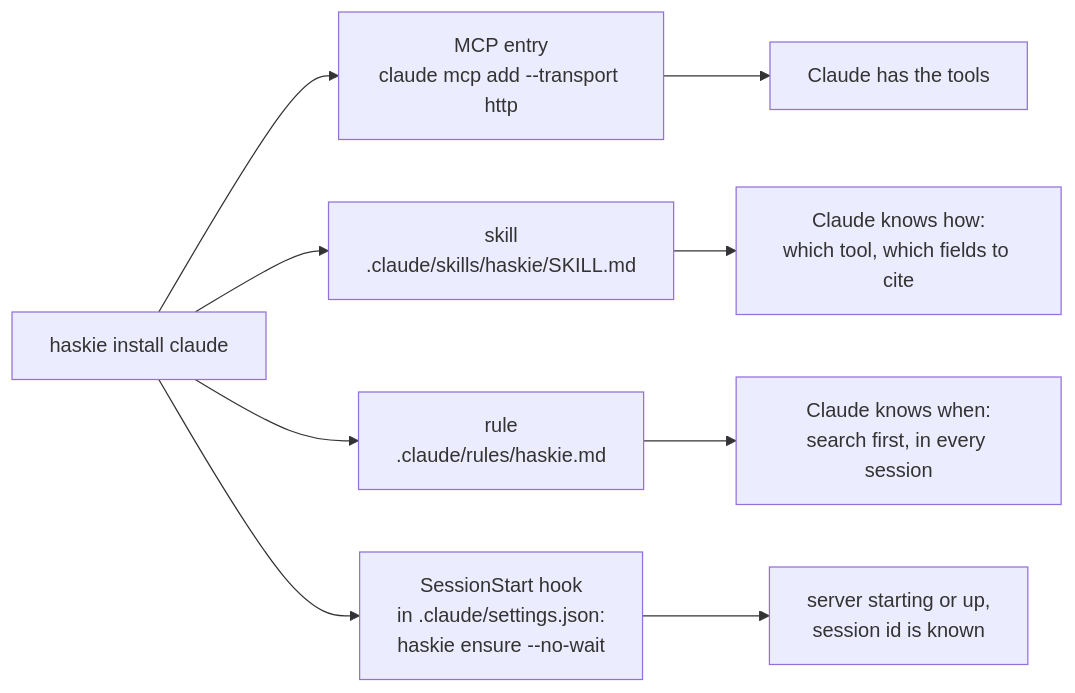
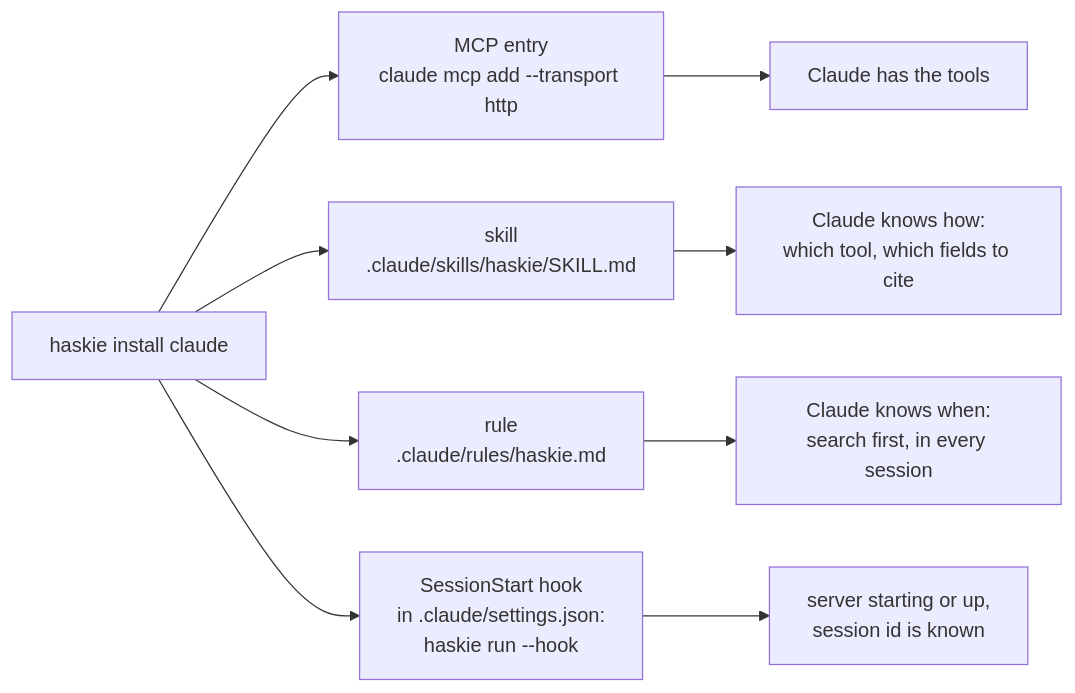
One commit to haskian/haskie changed the first of 2 diagrams in docs/mcp.md. Above: the diagram before and after it, drawn with Mermaid. The commit also changed other lines of this file and 43 other files, not shown here.

Commit message:
feat!: one haskie run, multi-file import, GPU support on every platform (#27)

````diff
--- a/docs/mcp.md
+++ b/docs/mcp.md
@@ -22,11 +22,11 @@
 ```mermaid
 flowchart LR
     install["haskie install claude"] --> mcp["MCP entry<br/>claude mcp add --transport http"]
     install --> skill["skill<br/>.claude/skills/haskie/SKILL.md"]
     install --> rule["rule<br/>.claude/rules/haskie.md"]
-    install --> hook["SessionStart hook<br/>in .claude/settings.json:<br/>haskie ensure --no-wait"]
+    install --> hook["SessionStart hook<br/>in .claude/settings.json:<br/>haskie run --hook"]
     mcp --> tools["Claude has the tools"]
     skill --> how["Claude knows how:<br/>which tool, which fields to cite"]
     rule --> when["Claude knows when:<br/>search first, in every session"]
     hook --> up["server starting or up,<br/>session id is known"]
 ```
````
